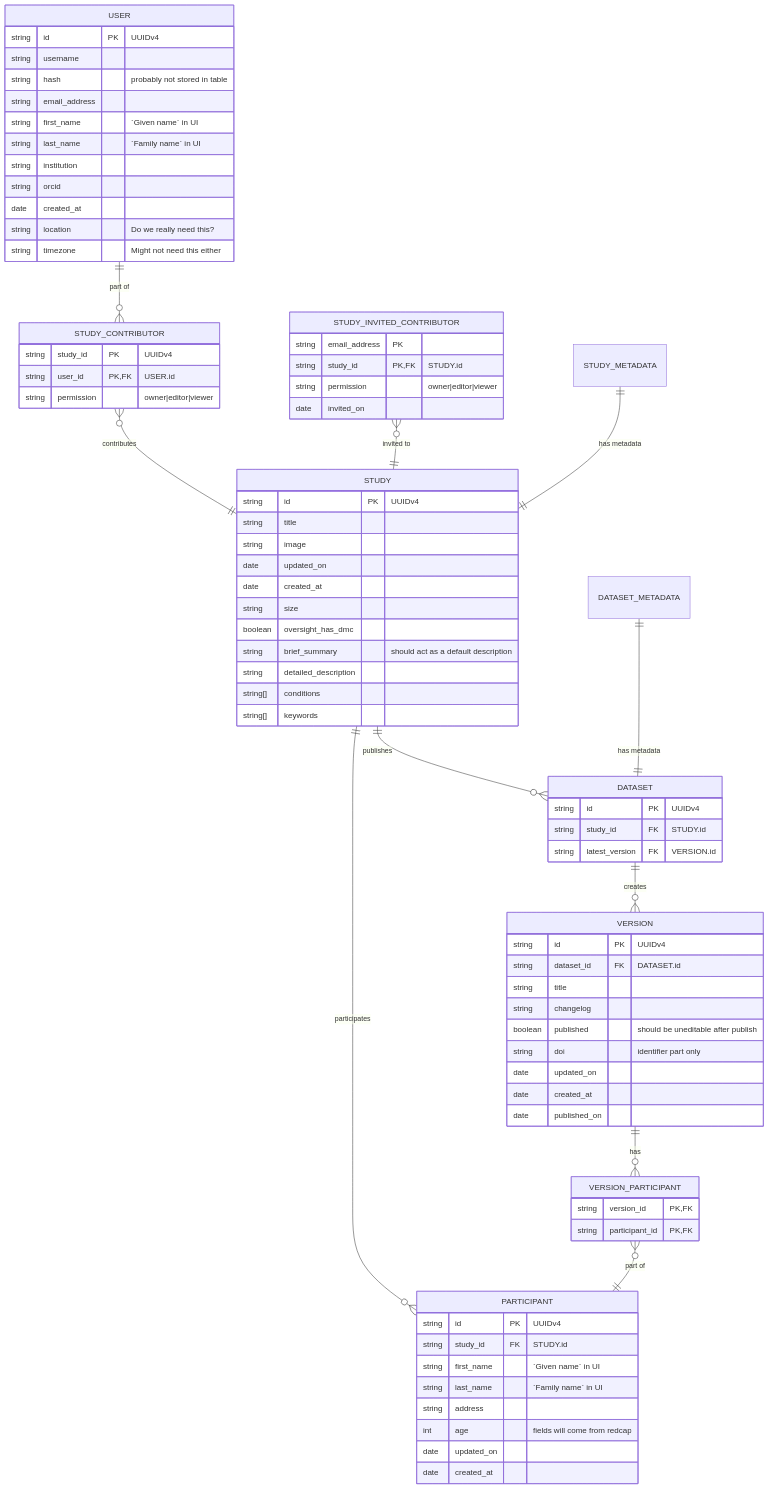
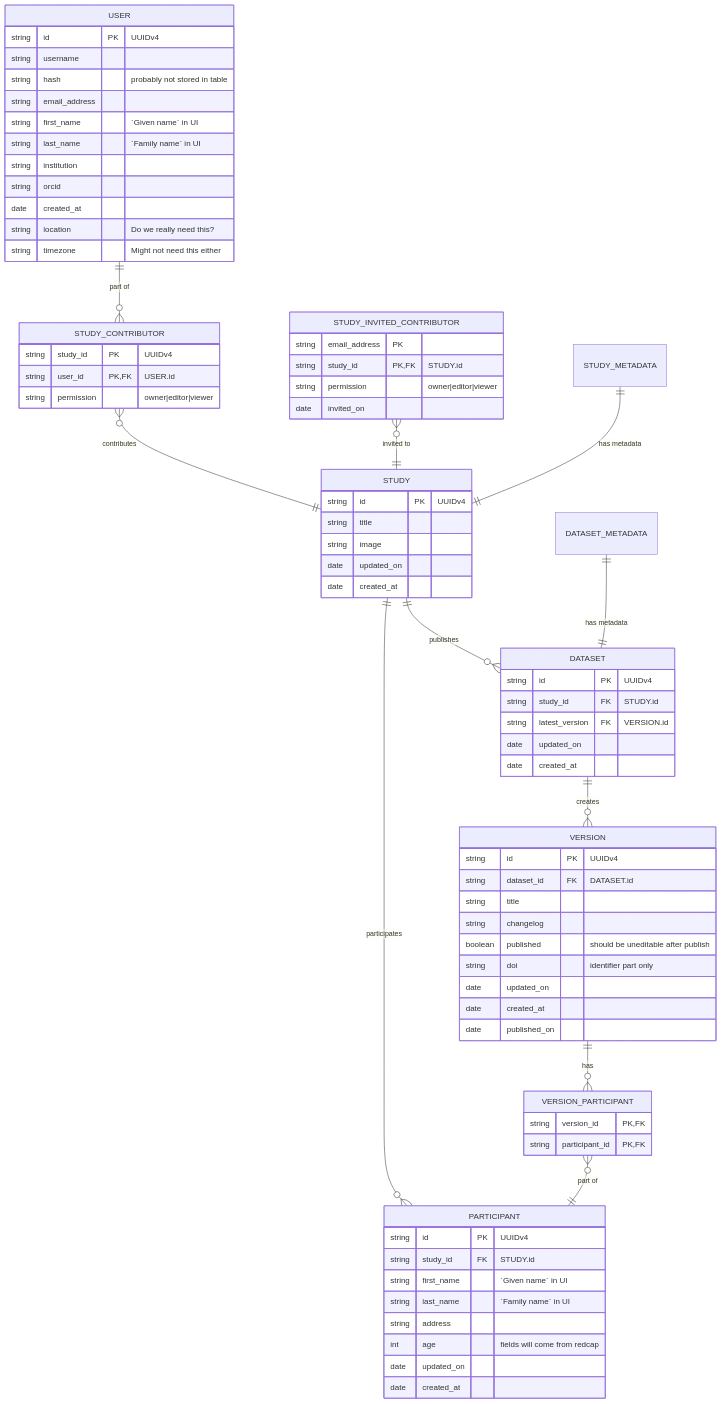
One commit to AI-READI/fairhub-developer changed the diagram in docs/mermaid/database-er.mmd. Above: the diagram before and after it, drawn with Mermaid. The commit also changed 5 other files, not shown here.

```diff
--- a/docs/mermaid/database-er.mmd
+++ b/docs/mermaid/database-er.mmd
@@ -1,90 +1,86 @@
 erDiagram
     STUDY {
         string id PK "UUIDv4"
         string title
         string image
         date updated_on
         date created_at
-        string size
-        boolean oversight_has_dmc
-        string brief_summary "should act as a default description"
-        string detailed_description
-        string[] conditions
-        string[] keywords
     }
 
     USER {
         string id PK "UUIDv4"
         string username
         string hash "probably not stored in table"
         string email_address
         string first_name "`Given name` in UI"
         string last_name "`Family name` in UI"
         string institution
         string orcid
         date created_at
         string location "Do we really need this?"
         string timezone "Might not need this either"
     }
 
     STUDY_CONTRIBUTOR {
         string study_id PK "UUIDv4"
         string user_id PK,FK "USER.id"
         string permission "owner|editor|viewer"
     }
 
     STUDY_INVITED_CONTRIBUTOR {
         string email_address PK
         string study_id PK,FK "STUDY.id"
         string permission "owner|editor|viewer"
         date invited_on
     }
 
     PARTICIPANT {
         string id PK "UUIDv4"
         string study_id FK "STUDY.id"
         string first_name "`Given name` in UI"
         string last_name "`Family name` in UI"
         string address
         int age "fields will come from redcap"
         date updated_on
         date created_at
     }
 
     DATASET {
         string id PK "UUIDv4"
         string study_id FK "STUDY.id"
         string latest_version FK "VERSION.id"
+        date updated_on
+        date created_at
     }
 
     VERSION {
         string id PK "UUIDv4"
         string dataset_id FK "DATASET.id"
         string title
         string changelog
         boolean published "should be uneditable after publish"
         string doi "identifier part only"
         date updated_on
         date created_at
         date published_on
     }
 
      VERSION_PARTICIPANT {
         string version_id PK,FK
         string participant_id PK,FK
     }
 
     STUDY_CONTRIBUTOR }o--|| STUDY : contributes
     STUDY_INVITED_CONTRIBUTOR }o--|| STUDY : "invited to"
     STUDY_METADATA ||--|| STUDY : "has metadata"
 
     STUDY ||--o{ DATASET : publishes
 
     DATASET_METADATA ||--|| DATASET : "has metadata"
 
     DATASET ||--o{ VERSION : creates
 
     USER ||--o{ STUDY_CONTRIBUTOR : "part of"
     PARTICIPANT }o--|| STUDY : participates
     VERSION ||--o{ VERSION_PARTICIPANT : has
     VERSION_PARTICIPANT }o--|| PARTICIPANT : "part of"
```
